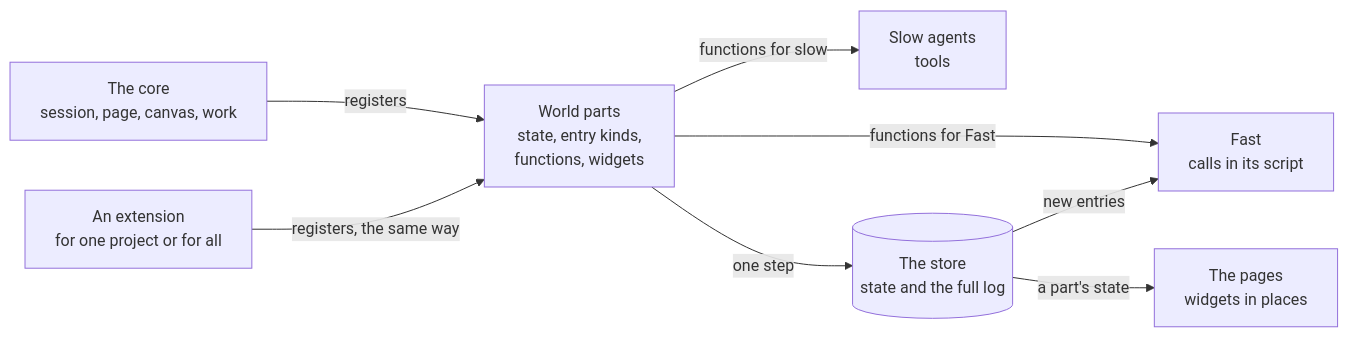
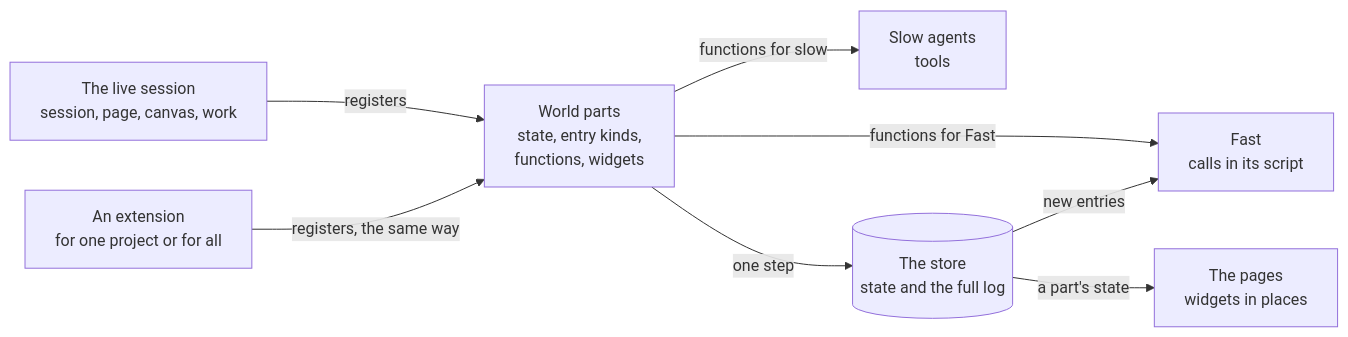
Before and after one commit to andrei512/devpage: the diagram in docs/boxes/viewer/live-session/agents/world/extending/README.md, drawn with Mermaid. The commit also changed other lines of this file and 45 other files, not shown here.

````diff
--- a/docs/boxes/viewer/live-session/agents/world/extending/README.md
+++ b/docs/boxes/viewer/live-session/agents/world/extending/README.md
@@ -10,17 +11,18 @@
 ```mermaid
 flowchart LR
-  core["The core<br/>session, page, canvas, work"] -->|"registers"| parts
+  core["The live session<br/>session, page, canvas, work"] -->|"registers"| parts
   ext["An extension<br/>for one project or for all"] -->|"registers, the same way"| parts
   parts["World parts<br/>state, entry kinds,<br/>functions, widgets"]
   parts -->|"functions for Fast"| fast["Fast<br/>calls in its script"]
   parts -->|"functions for slow"| slow["Slow agents<br/>tools"]
   parts -->|"one step"| store[("The store<br/>state and the full log")]
   store -->|"a part's state"| page["The pages<br/>widgets in places"]
   store -->|"new entries"| fast
+  click core href "#the-examples" "The four bundled parts"
   click parts href "#a-world-part" "A world part"
-  click fast href "#who-may-call-a-function" "Who may call a function"
-  click slow href "#who-may-call-a-function" "Who may call a function"
-  click store href "#the-store" "The store"
-  click page href "#widgets-and-state-on-the-page" "Widgets and state on the page"
-  click ext href "#where-an-extension-is-enabled" "Where an extension is enabled"
+  click fast href "./functions/README.md" "Who may call a function"
+  click slow href "./functions/README.md" "Who may call a function"
+  click store href "./store/README.md" "The store"
+  click page href "./on-the-page/README.md" "Widgets and state on the page"
+  click ext href "./enabling/README.md" "Where an extension is enabled"
 ```
````
